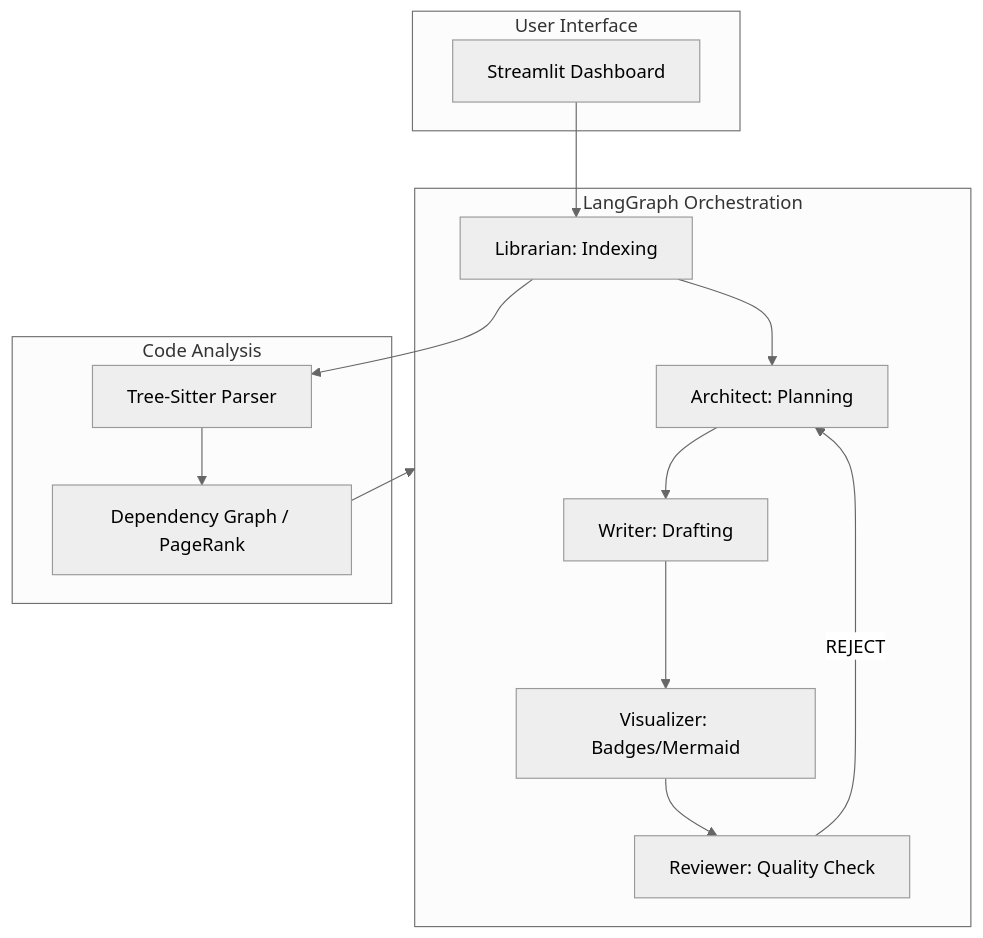
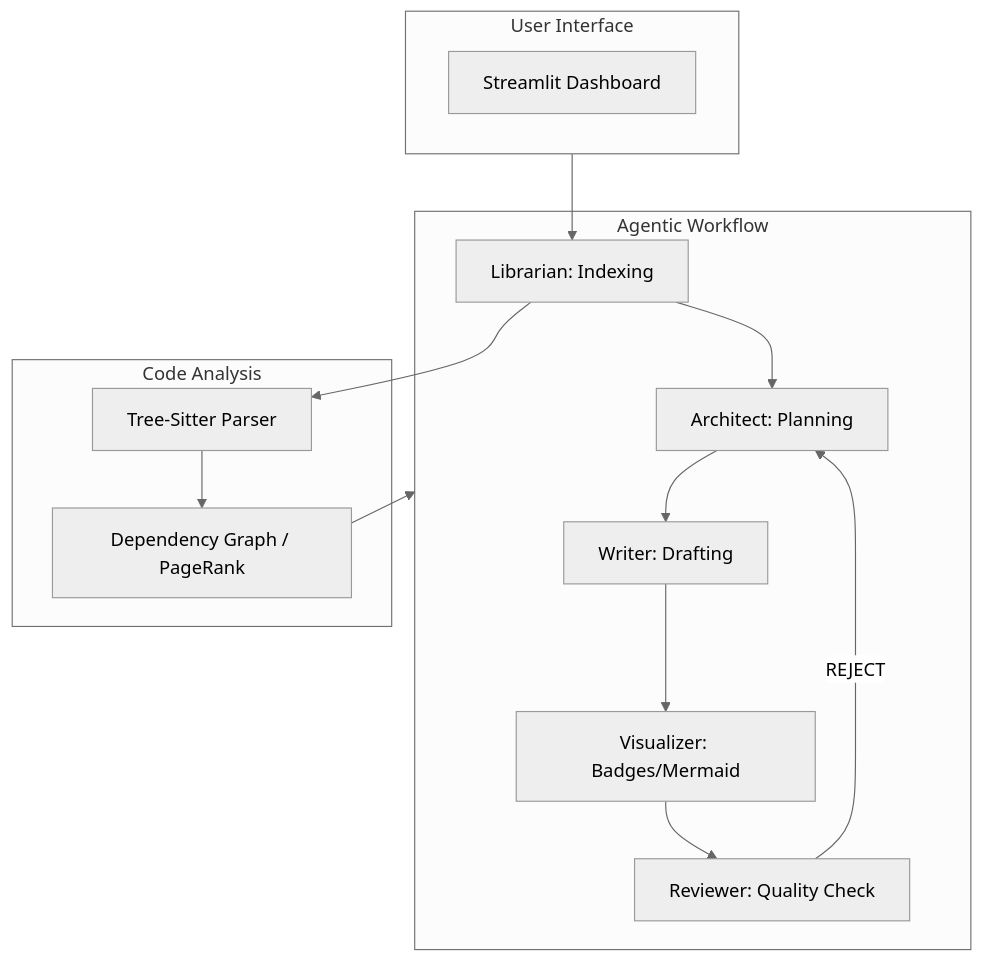
Before and after one commit to mushfiqk47/GithubReadme-Generator: the diagram in README.md, drawn with Mermaid (neutral theme). The commit also changed other lines of this file, not shown here.

````diff
--- a/README.md
+++ b/README.md
@@ -55,24 +43,25 @@
 ```mermaid
 flowchart TD
-    subgraph UI_Layer [User Interface]
-        Streamlit[Streamlit Dashboard]
+    subgraph UI [User Interface]
+        direction LR
+        S[Streamlit Dashboard]
     end
 
-    subgraph Agent_Core [LangGraph Orchestration]
-        Librarian[Librarian: Indexing] --> Architect[Architect: Planning]
-        Architect --> Writer[Writer: Drafting]
-        Writer --> Visualizer[Visualizer: Badges/Mermaid]
-        Visualizer --> Reviewer[Reviewer: Quality Check]
-        Reviewer -- REJECT --> Architect
+    subgraph Core [Agentic Workflow]
+        L[Librarian: Indexing] --> A[Architect: Planning]
+        A --> W[Writer: Drafting]
+        W --> V[Visualizer: Badges/Mermaid]
+        V --> R[Reviewer: Quality Check]
+        R -- REJECT --> A
     end
 
-    subgraph Analysis_Engine [Code Analysis]
-        Parser[Tree-Sitter Parser]
-        Graph[Dependency Graph / PageRank]
+    subgraph Engine [Code Analysis]
+        P[Tree-Sitter Parser]
+        G[Dependency Graph / PageRank]
     end
 
-    Streamlit --> Librarian
-    Librarian --> Parser
-    Parser --> Graph
-    Graph --> Agent_Core
+    S --> L
+    L --> P
+    P --> G
+    G --> Core
 ```
````
